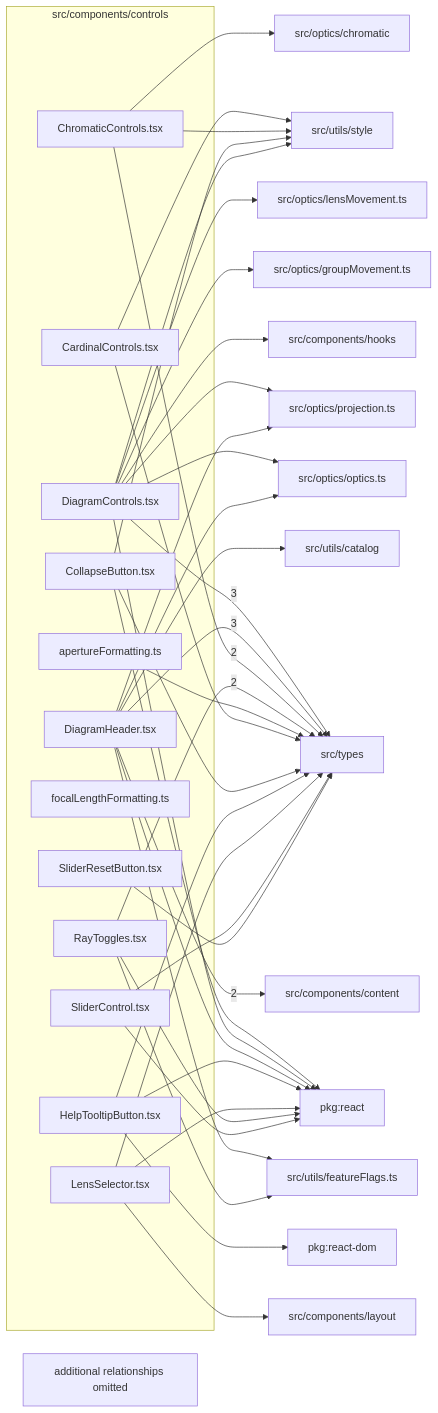
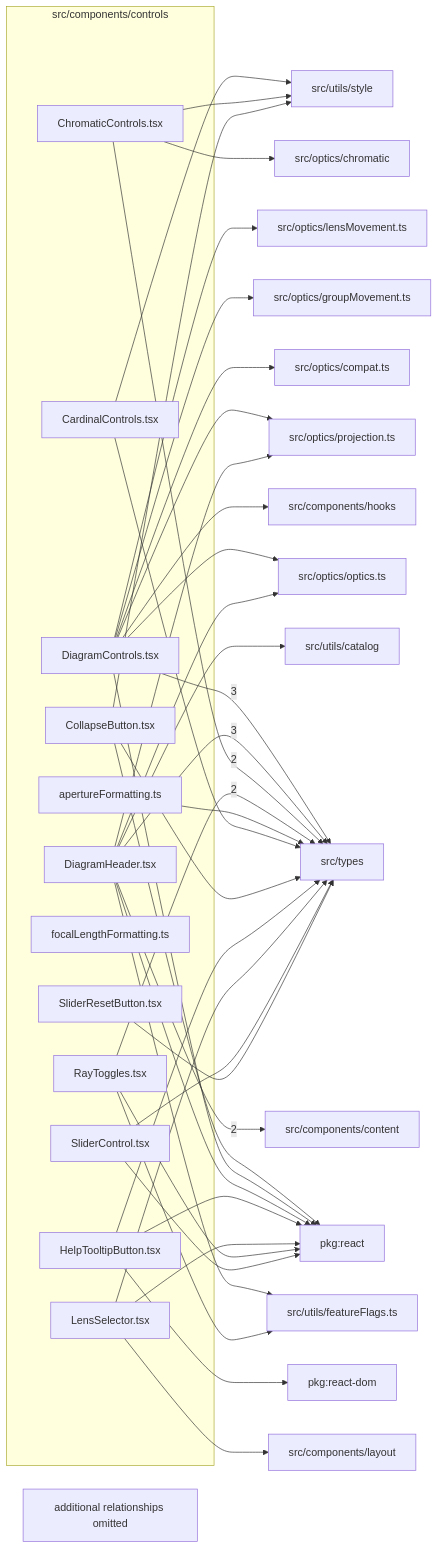
The diagram in src/components/controls/readme.md (ronbuening/LensVisualizer), drawn with Mermaid before and after one commit. The commit also changed other lines of this file and 27 other files, not shown here.

````diff
--- a/src/components/controls/readme.md
+++ b/src/components/controls/readme.md
@@ -9,68 +9,69 @@
 ```mermaid
 flowchart LR
   subgraph n_src_components_controls["src/components/controls"]
     n_src_components_controls_src_components_controls_apertureFormatting_ts["apertureFormatting.ts"]
     n_src_components_controls_src_components_controls_CardinalControls_tsx["CardinalControls.tsx"]
     n_src_components_controls_src_components_controls_ChromaticControls_tsx["ChromaticControls.tsx"]
     n_src_components_controls_src_components_controls_CollapseButton_tsx["CollapseButton.tsx"]
     n_src_components_controls_src_components_controls_DiagramControls_tsx["DiagramControls.tsx"]
     n_src_components_controls_src_components_controls_DiagramHeader_tsx["DiagramHeader.tsx"]
     n_src_components_controls_src_components_controls_focalLengthFormatting_ts["focalLengthFormatting.ts"]
     n_src_components_controls_src_components_controls_HelpTooltipButton_tsx["HelpTooltipButton.tsx"]
     n_src_components_controls_src_components_controls_LensSelector_tsx["LensSelector.tsx"]
     n_src_components_controls_src_components_controls_RayToggles_tsx["RayToggles.tsx"]
     n_src_components_controls_src_components_controls_SliderControl_tsx["SliderControl.tsx"]
     n_src_components_controls_src_components_controls_SliderResetButton_tsx["SliderResetButton.tsx"]
   end
   n_external_src_types["src/types"]
   n_external_src_components_content["src/components/content"]
   n_external_pkg_react["pkg:react"]
   n_external_pkg_react_dom["pkg:react-dom"]
   n_external_src_components_hooks["src/components/hooks"]
   n_external_src_components_layout["src/components/layout"]
   n_external_src_optics_chromatic["src/optics/chromatic"]
+  n_external_src_optics_compat_ts["src/optics/compat.ts"]
   n_external_src_optics_groupMovement_ts["src/optics/groupMovement.ts"]
   n_external_src_optics_lensMovement_ts["src/optics/lensMovement.ts"]
   n_external_src_optics_optics_ts["src/optics/optics.ts"]
   n_external_src_optics_projection_ts["src/optics/projection.ts"]
   n_external_src_utils_catalog["src/utils/catalog"]
   n_external_src_utils_featureFlags_ts["src/utils/featureFlags.ts"]
   n_external_src_utils_style["src/utils/style"]
   n_src_components_controls_src_components_controls_DiagramControls_tsx --> |3| n_external_src_types
   n_src_components_controls_src_components_controls_DiagramHeader_tsx --> |3| n_external_src_types
   n_src_components_controls_src_components_controls_DiagramHeader_tsx --> |2| n_external_src_components_content
   n_src_components_controls_src_components_controls_ChromaticControls_tsx --> |2| n_external_src_types
   n_src_components_controls_src_components_controls_RayToggles_tsx --> |2| n_external_src_types
   n_src_components_controls_src_components_controls_CollapseButton_tsx --> n_external_pkg_react
   n_src_components_controls_src_components_controls_DiagramControls_tsx --> n_external_pkg_react
   n_src_components_controls_src_components_controls_DiagramHeader_tsx --> n_external_pkg_react
   n_src_components_controls_src_components_controls_HelpTooltipButton_tsx --> n_external_pkg_react
   n_src_components_controls_src_components_controls_LensSelector_tsx --> n_external_pkg_react
   n_src_components_controls_src_components_controls_RayToggles_tsx --> n_external_pkg_react
   n_src_components_controls_src_components_controls_SliderControl_tsx --> n_external_pkg_react
   n_src_components_controls_src_components_controls_HelpTooltipButton_tsx --> n_external_pkg_react_dom
   n_src_components_controls_src_components_controls_DiagramControls_tsx --> n_external_src_components_hooks
   n_src_components_controls_src_components_controls_LensSelector_tsx --> n_external_src_components_layout
   n_src_components_controls_src_components_controls_ChromaticControls_tsx --> n_external_src_optics_chromatic
+  n_src_components_controls_src_components_controls_DiagramControls_tsx --> n_external_src_optics_compat_ts
   n_src_components_controls_src_components_controls_DiagramControls_tsx --> n_external_src_optics_groupMovement_ts
   n_src_components_controls_src_components_controls_DiagramControls_tsx --> n_external_src_optics_lensMovement_ts
   n_src_components_controls_src_components_controls_DiagramControls_tsx --> n_external_src_optics_optics_ts
   n_src_components_controls_src_components_controls_DiagramHeader_tsx --> n_external_src_optics_optics_ts
   n_src_components_controls_src_components_controls_DiagramControls_tsx --> n_external_src_optics_projection_ts
   n_src_components_controls_src_components_controls_DiagramHeader_tsx --> n_external_src_optics_projection_ts
   n_src_components_controls_src_components_controls_apertureFormatting_ts --> n_external_src_types
   n_src_components_controls_src_components_controls_CardinalControls_tsx --> n_external_src_types
   n_src_components_controls_src_components_controls_CollapseButton_tsx --> n_external_src_types
   n_src_components_controls_src_components_controls_HelpTooltipButton_tsx --> n_external_src_types
   n_src_components_controls_src_components_controls_LensSelector_tsx --> n_external_src_types
   n_src_components_controls_src_components_controls_SliderControl_tsx --> n_external_src_types
   n_src_components_controls_src_components_controls_SliderResetButton_tsx --> n_external_src_types
   n_src_components_controls_src_components_controls_DiagramHeader_tsx --> n_external_src_utils_catalog
   n_src_components_controls_src_components_controls_DiagramHeader_tsx --> n_external_src_utils_featureFlags_ts
   n_src_components_controls_src_components_controls_RayToggles_tsx --> n_external_src_utils_featureFlags_ts
   n_src_components_controls_src_components_controls_CardinalControls_tsx --> n_external_src_utils_style
   n_src_components_controls_src_components_controls_ChromaticControls_tsx --> n_external_src_utils_style
   n_src_components_controls_src_components_controls_CollapseButton_tsx --> n_external_src_utils_style
-  n_src_components_controls_src_components_controls_DiagramControls_tsx --> n_external_src_utils_style
   n_src_components_controls_truncated["additional relationships omitted"]
 ```
````
